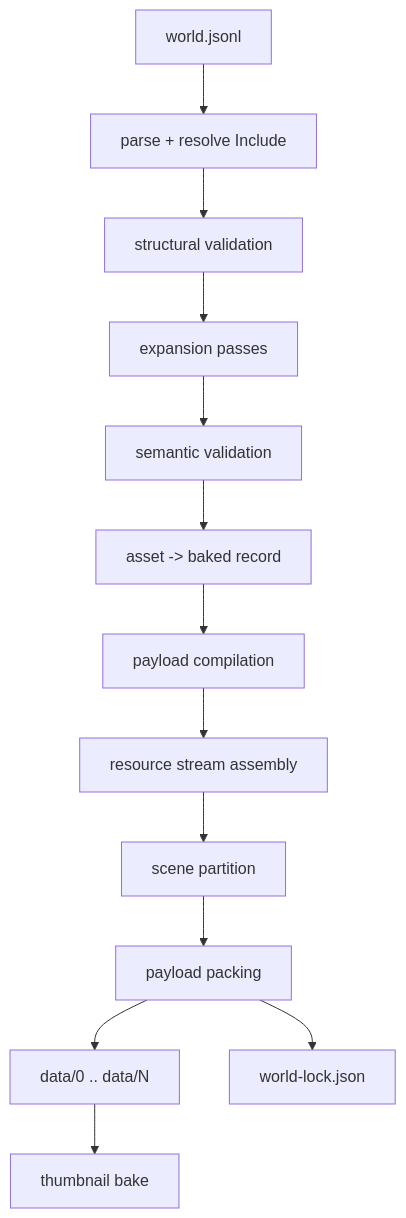
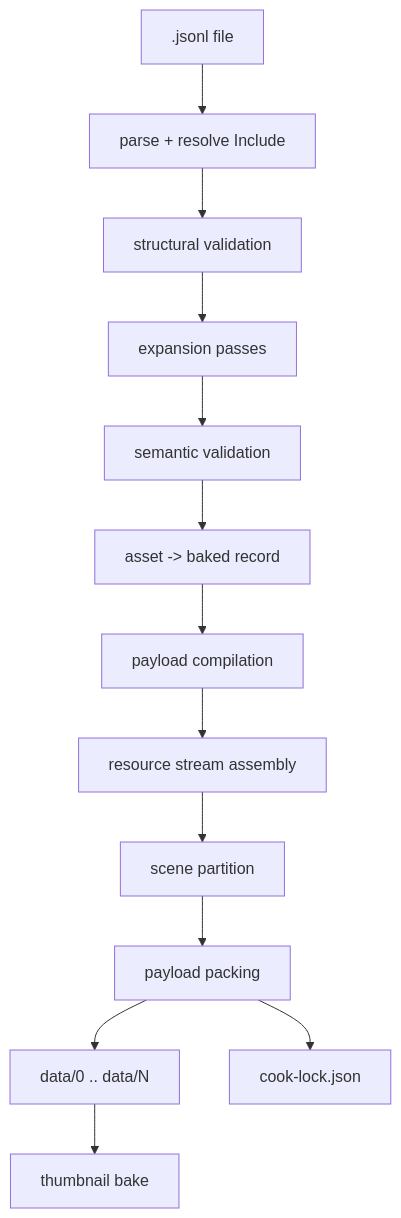
One commit to concinnitygg/concinnity changed the second of 6 diagrams in docs/spec.md. Above: the diagram before and after it, drawn with Mermaid. The commit also changed other lines of this file and 1220 other files, not shown here.

````diff
--- a/docs/spec.md
+++ b/docs/spec.md
@@ -413,15 +448,15 @@
 ```mermaid
 flowchart TD
-    A["world.jsonl"] --> B["parse + resolve Include"]
+    A[".jsonl file"] --> B["parse + resolve Include"]
     B --> C["structural validation"]
     C --> D["expansion passes"]
     D --> E["semantic validation"]
     E --> F["asset -> baked record"]
     F --> G["payload compilation"]
     G --> H["resource stream assembly"]
     H --> I["scene partition"]
     I --> J["payload packing"]
     J --> K["data/0 .. data/N"]
-    J --> L["world-lock.json"]
+    J --> L["cook-lock.json"]
     K --> M["thumbnail bake"]
 ```
````
